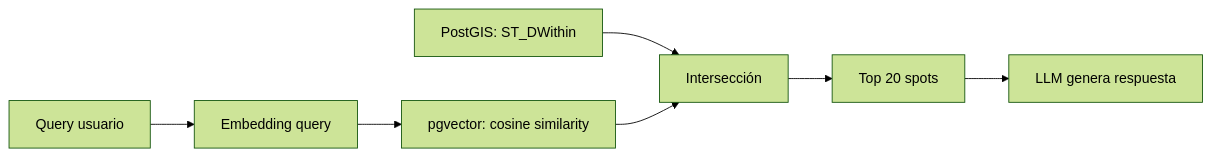
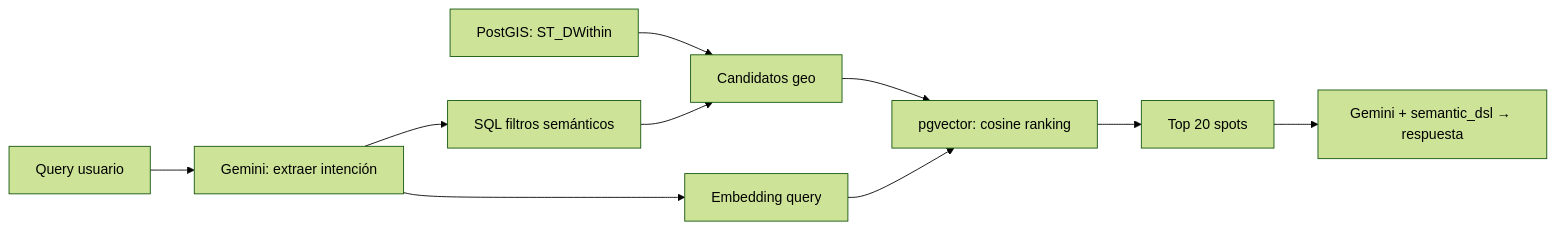
Before and after one commit to taskenti/geospots: the diagram in docs/fase-4-vector-search.md, drawn with Mermaid (forest theme). The commit also changed other lines of this file and 76 other files, not shown here.

````diff
--- a/docs/fase-4-vector-search.md
+++ b/docs/fase-4-vector-search.md
@@ -25,9 +37,12 @@
 ```mermaid
 graph LR
-    A["Query usuario"] --> B["Embedding query"]
-    B --> C["pgvector: cosine similarity"]
-    D["PostGIS: ST_DWithin"] --> E["Intersección"]
-    C --> E
-    E --> F["Top 20 spots"]
-    F --> G["LLM genera respuesta"]
+    A["Query usuario"] --> B["Gemini: extraer intención"]
+    B --> C["SQL filtros semánticos"]
+    B --> D["Embedding query"]
+    E["PostGIS: ST_DWithin"] --> F["Candidatos geo"]
+    C --> F
+    F --> G["pgvector: cosine ranking"]
+    D --> G
+    G --> H["Top 20 spots"]
+    H --> I["Gemini + semantic_dsl → respuesta"]
 ```
````
